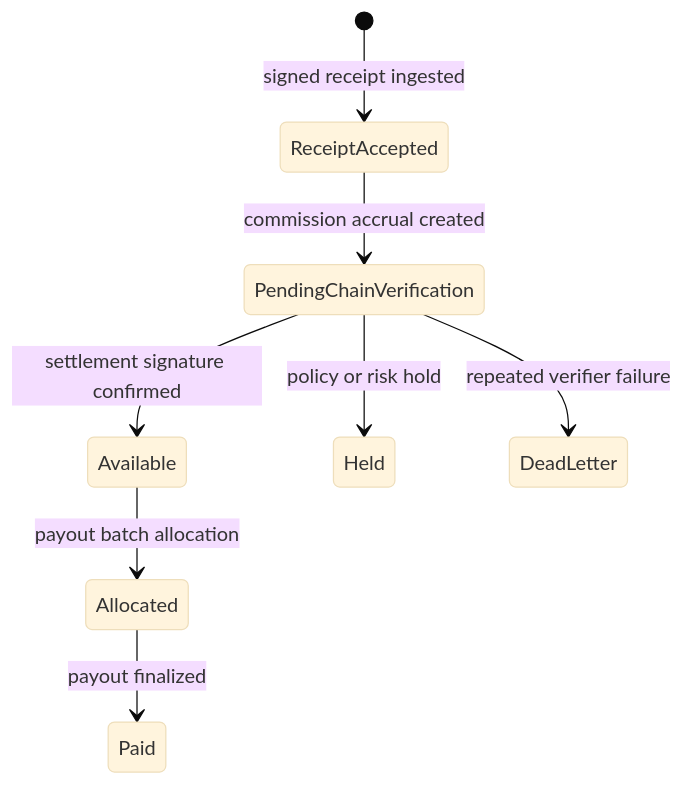
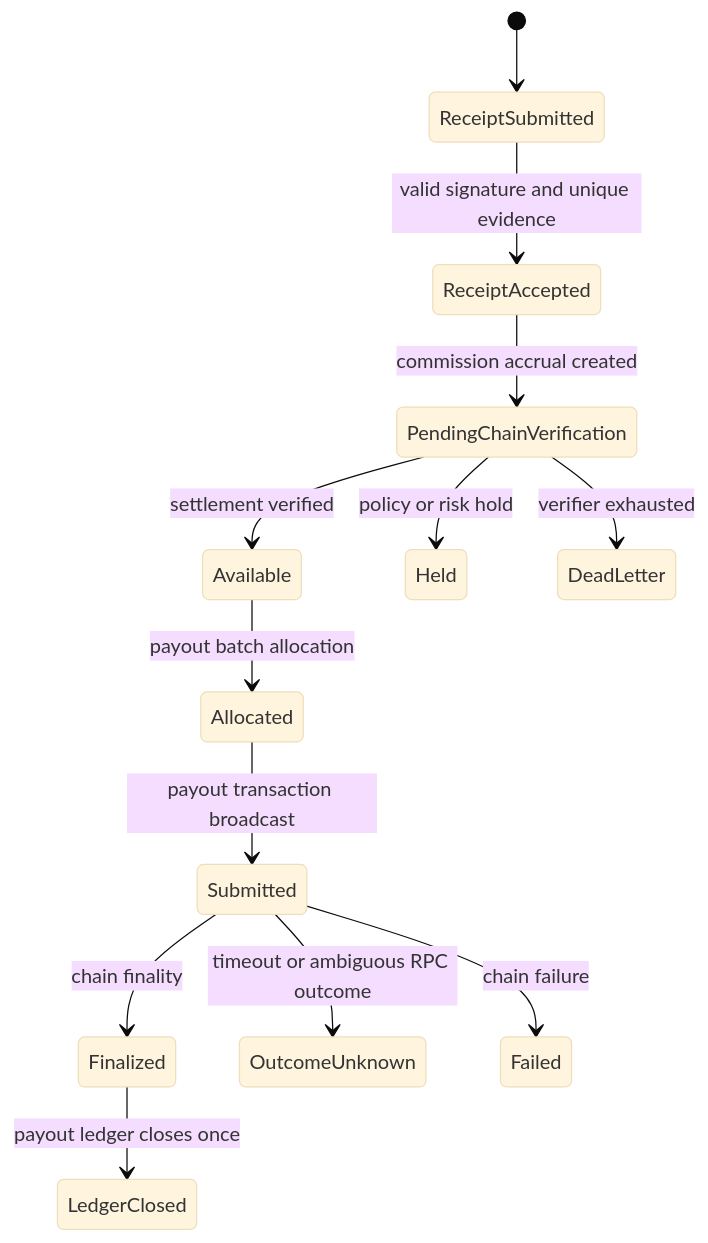
Before and after one commit to split402protocol/splitx402: the fifth of 6 diagrams in README.md, drawn with Mermaid (base theme). The commit also changed other lines of this file and 22 other files, not shown here.

````diff
--- a/README.md
+++ b/README.md
@@ -249,10 +184,15 @@
 ```mermaid
 stateDiagram-v2
-  [*] --> ReceiptAccepted: signed receipt ingested
+  [*] --> ReceiptSubmitted
+  ReceiptSubmitted --> ReceiptAccepted: valid signature and unique evidence
   ReceiptAccepted --> PendingChainVerification: commission accrual created
-  PendingChainVerification --> Available: settlement signature confirmed
+  PendingChainVerification --> Available: settlement verified
   PendingChainVerification --> Held: policy or risk hold
-  PendingChainVerification --> DeadLetter: repeated verifier failure
+  PendingChainVerification --> DeadLetter: verifier exhausted
   Available --> Allocated: payout batch allocation
-  Allocated --> Paid: payout finalized
+  Allocated --> Submitted: payout transaction broadcast
+  Submitted --> Finalized: chain finality
+  Submitted --> OutcomeUnknown: timeout or ambiguous RPC outcome
+  Submitted --> Failed: chain failure
+  Finalized --> LedgerClosed: payout ledger closes once
 ```
````
